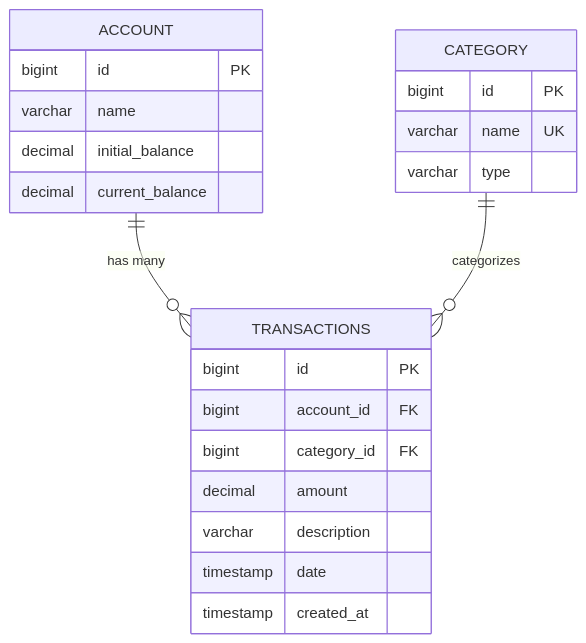
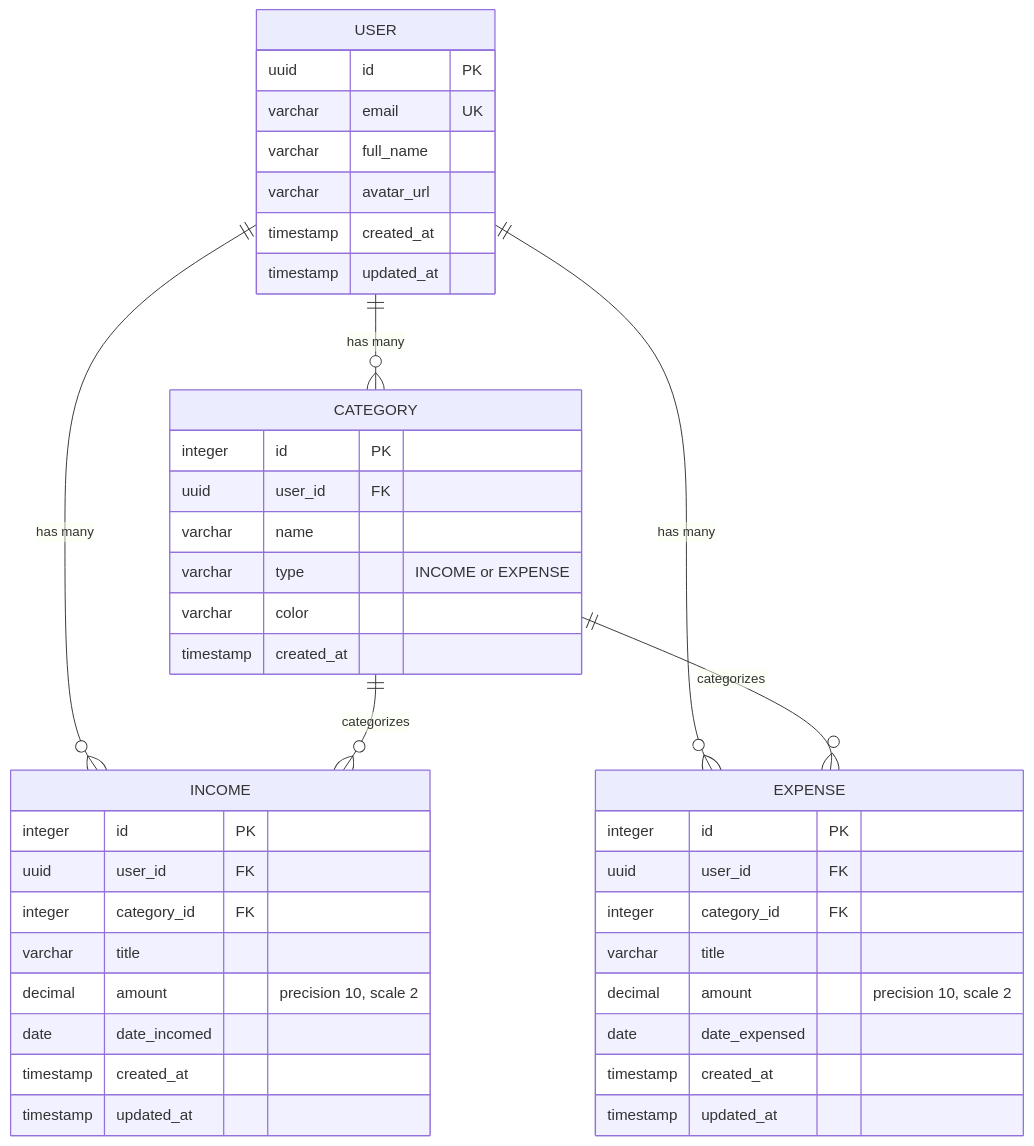
The third of 10 diagrams in SYSTEM_DESIGN.md (rogerbertan/jarvis-backend), drawn with Mermaid before and after one commit. The commit also changed other lines of this file and 1 other file, not shown here.

Commit message:
feat: update the system design mermaid

````diff
--- a/SYSTEM_DESIGN.md
+++ b/SYSTEM_DESIGN.md
@@ -132,28 +116,48 @@
 ```mermaid
 erDiagram
-    ACCOUNT ||--o{ TRANSACTIONS : "has many"
-    CATEGORY ||--o{ TRANSACTIONS : "categorizes"
+    USER ||--o{ CATEGORY : "has many"
+    USER ||--o{ INCOME : "has many"
+    USER ||--o{ EXPENSE : "has many"
+    CATEGORY ||--o{ INCOME : "categorizes"
+    CATEGORY ||--o{ EXPENSE : "categorizes"
 
-    ACCOUNT {
-        bigint id PK
-        varchar name
-        decimal initial_balance
-        decimal current_balance
+    USER {
+        uuid id PK
+        varchar email UK
+        varchar full_name
+        varchar avatar_url
+        timestamp created_at
+        timestamp updated_at
     }
 
     CATEGORY {
-        bigint id PK
-        varchar name UK
-        varchar type
+        integer id PK
+        uuid user_id FK
+        varchar name
+        varchar type "INCOME or EXPENSE"
+        varchar color
+        timestamp created_at
     }
 
-    TRANSACTIONS {
-        bigint id PK
-        bigint account_id FK
-        bigint category_id FK
-        decimal amount
-        varchar description
-        timestamp date
+    INCOME {
+        integer id PK
+        uuid user_id FK
+        integer category_id FK
+        varchar title
+        decimal amount "precision 10, scale 2"
+        date date_incomed
         timestamp created_at
+        timestamp updated_at
+    }
+
+    EXPENSE {
+        integer id PK
+        uuid user_id FK
+        integer category_id FK
+        varchar title
+        decimal amount "precision 10, scale 2"
+        date date_expensed
+        timestamp created_at
+        timestamp updated_at
     }
 ```
````
